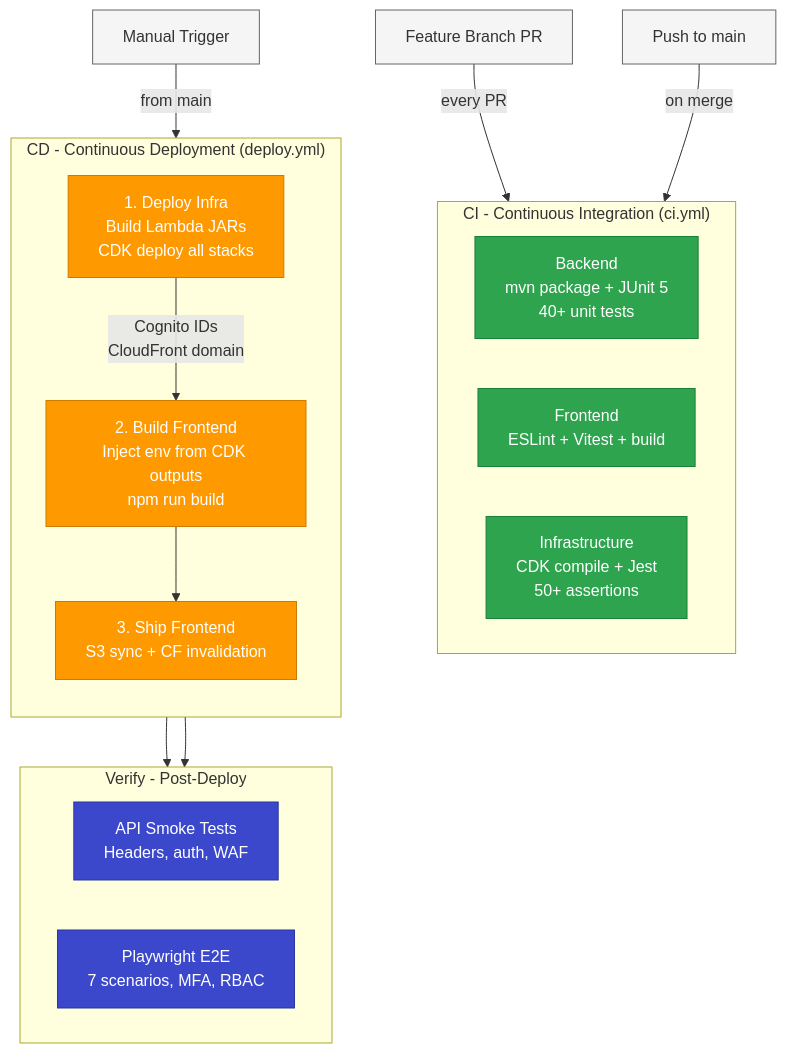
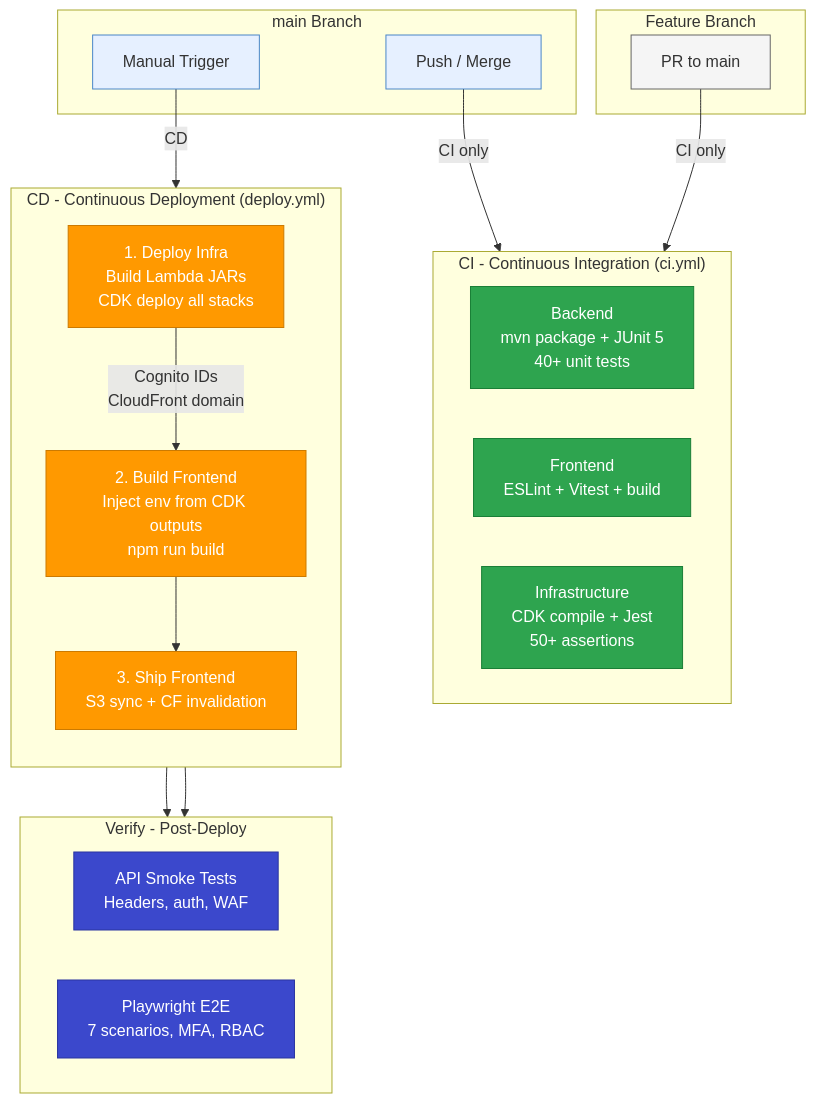
One commit to shanakaj/ReportsPortal changed the seventh of 15 diagrams in README.md. Above: the diagram before and after it, drawn with Mermaid.

Commit message:
Clarify CI/CD diagram branch context
Show feature branch triggers CI only, while main branch triggers
both CI (on merge) and CD (manual). Groups triggers by branch
context for clearer pipeline understanding.

````diff
--- a/README.md
+++ b/README.md
@@ -238,40 +238,51 @@
 ```mermaid
 flowchart TD
-    PR["Feature Branch PR"] -->|"every PR"| CI
-    MERGE["Push to main"] -->|"on merge"| CI
-    MANUAL["Manual Trigger"] -->|"from main"| CD
+    subgraph FEATURE["Feature Branch"]
+        PR["PR to main"]
+    end
+
+    subgraph MAIN["main Branch"]
+        MERGE["Push / Merge"]
+        MANUAL["Manual Trigger"]
+    end
+
+    PR -->|"CI only"| CI
+    MERGE -->|"CI only"| CI
+    MANUAL -->|"CD"| CD
 
     subgraph CI["CI - Continuous Integration (ci.yml)"]
         direction LR
         BE_CI["Backend\nmvn package + JUnit 5\n40+ unit tests"]
         FE_CI["Frontend\nESLint + Vitest + build"]
         INFRA_CI["Infrastructure\nCDK compile + Jest\n50+ assertions"]
     end
 
     subgraph CD["CD - Continuous Deployment (deploy.yml)"]
         direction TB
         CDK_DEPLOY["1. Deploy Infra\nBuild Lambda JARs\nCDK deploy all stacks"]
         CDK_DEPLOY -->|"Cognito IDs\nCloudFront domain"| FE_BUILD
         FE_BUILD["2. Build Frontend\nInject env from CDK outputs\nnpm run build"]
         FE_BUILD --> FE_DEPLOY
         FE_DEPLOY["3. Ship Frontend\nS3 sync + CF invalidation"]
     end
 
     subgraph VERIFY["Verify - Post-Deploy"]
         direction LR
         API_TEST["API Smoke Tests\nHeaders, auth, WAF"]
         E2E_TEST["Playwright E2E\n7 scenarios, MFA, RBAC"]
     end
 
     FE_DEPLOY --> API_TEST & E2E_TEST
 
-    classDef trigger fill:#f5f5f5,stroke:#666,color:#333
+    classDef branch fill:#f5f5f5,stroke:#666,color:#333
+    classDef mainBranch fill:#e6f0ff,stroke:#4a86c8,color:#333
     classDef ci fill:#2ea44f,stroke:#1a7f37,color:#fff
     classDef cd fill:#ff9900,stroke:#cc7a00,color:#fff
     classDef verify fill:#3b48cc,stroke:#2a35a0,color:#fff
 
-    class PR,MERGE,MANUAL trigger
+    class PR branch
+    class MERGE,MANUAL mainBranch
     class BE_CI,FE_CI,INFRA_CI ci
     class CDK_DEPLOY,FE_BUILD,FE_DEPLOY cd
     class API_TEST,E2E_TEST verify
 ```
````
